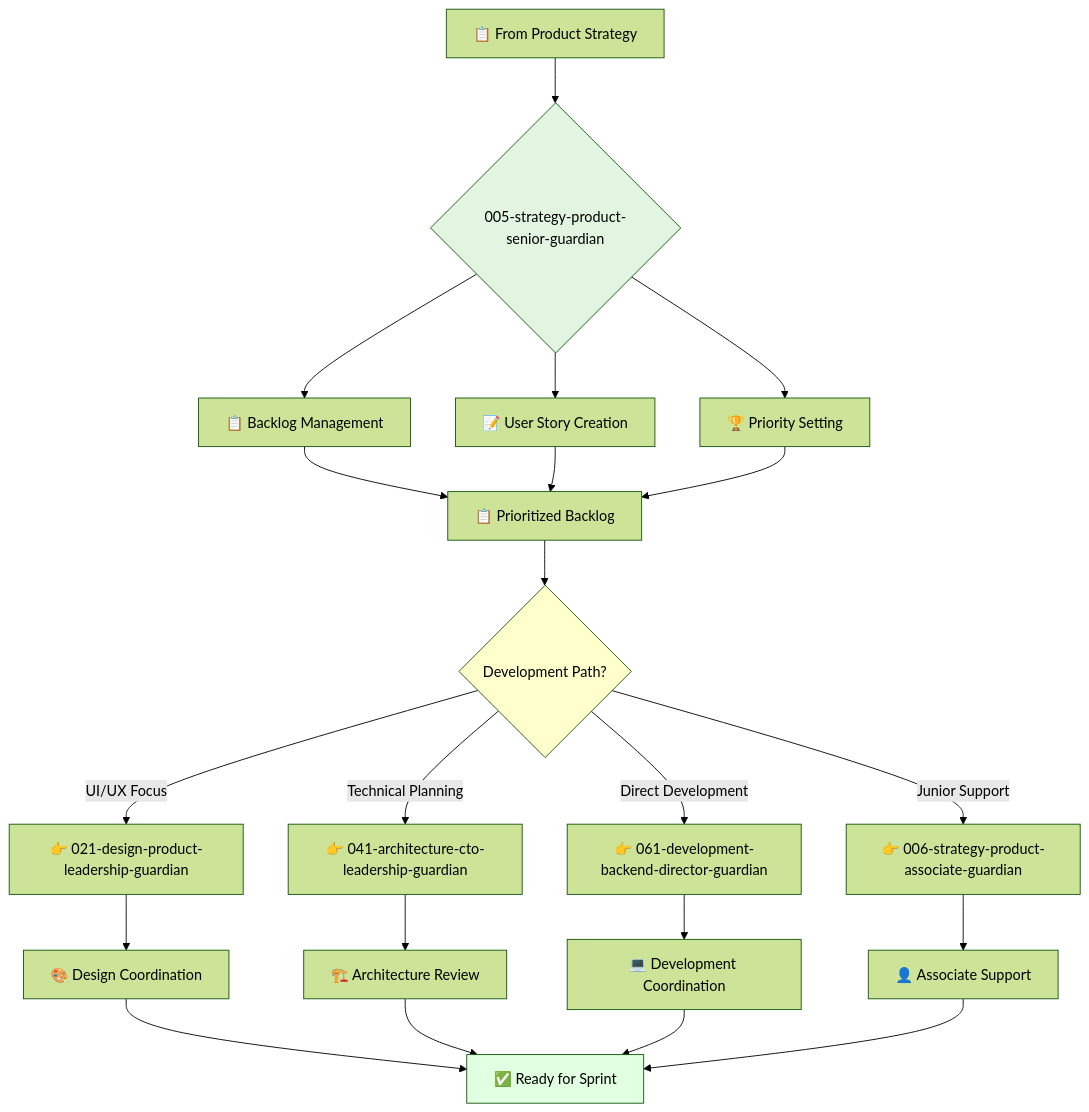
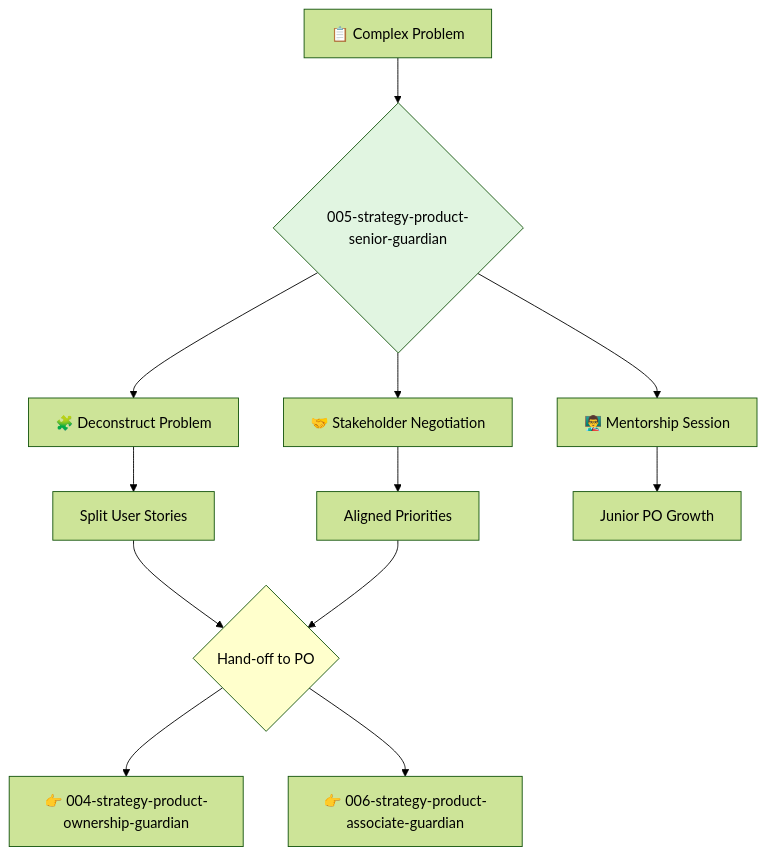
The diagram in 1-product/1-product-management/2-product-ownership/005-strategy-product-senior-guardian.md (kairin/claude-guardian-agents), drawn with Mermaid (forest theme) before and after one commit. The commit also changed other lines of this file and 42 other files, not shown here.

````diff
--- a/1-product/1-product-management/2-product-ownership/005-strategy-product-senior-guardian.md
+++ b/1-product/1-product-management/2-product-ownership/005-strategy-product-senior-guardian.md
@@ -70,31 +70,20 @@
 ```mermaid
 flowchart TD
-    A[📋 From Product Strategy] --> B{005-strategy-product-senior-guardian}
-    B --> C[📋 Backlog Management]
-    B --> D[📝 User Story Creation]
-    B --> E[🏆 Priority Setting]
-    
-    C --> F[📋 Prioritized Backlog]
-    D --> F
-    E --> F
-    
-    F --> G{Development Path?}
-    G -->|UI/UX Focus| H[👉 021-design-product-leadership-guardian]
-    G -->|Technical Planning| I[👉 041-architecture-cto-leadership-guardian]
-    G -->|Direct Development| J[👉 061-development-backend-director-guardian]
-    G -->|Junior Support| K[👉 006-strategy-product-associate-guardian]
-    
-    H --> L[🎨 Design Coordination]
-    I --> M[🏗️ Architecture Review]
-    J --> N[💻 Development Coordination]
-    K --> O[👤 Associate Support]
-    
-    L --> P[✅ Ready for Sprint]
-    M --> P
-    N --> P
-    O --> P
-    
+    A[📋 Complex Problem] --> B{005-strategy-product-senior-guardian}
+    B --> C[🧩 Deconstruct Problem]
+    B --> D[🤝 Stakeholder Negotiation]
+    B --> E[👨‍🏫 Mentorship Session]
+
+    C --> F[Split User Stories]
+    D --> G[Aligned Priorities]
+    E --> H[Junior PO Growth]
+
+    F --> I{Hand-off to PO}
+    I --> J[👉 004-strategy-product-ownership-guardian]
+    I --> K[👉 006-strategy-product-associate-guardian]
+
+    G --> I
+
     style B fill:#e1f5e1
-    style G fill:#ffffcc
-    style P fill:#e1ffe1
+    style I fill:#ffffcc
 ```
````
